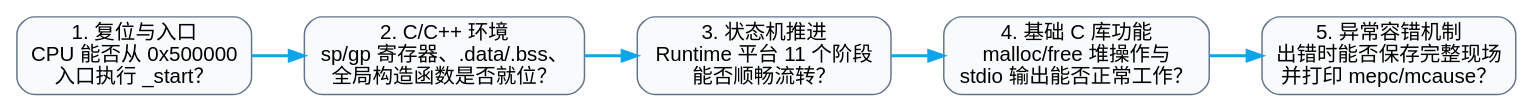
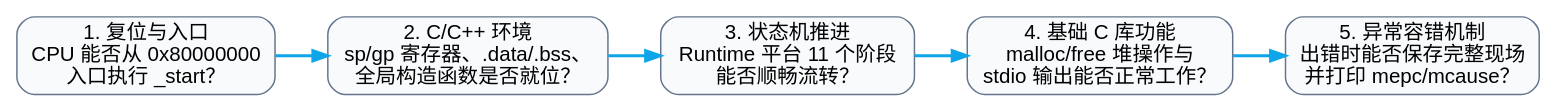
Before and after one commit to hqu-little-boy/blog: the first of 13 diagrams in src/content/posts/riscv-baremetal-boot-and-runtime-bringup-guide.md, drawn with Graphviz. The commit also changed other lines of this file and 3 other files, not shown here.

Commit message:
feat(diagrams): support in-place source code toggle and character-level text selection

````diff
--- a/src/content/posts/riscv-baremetal-boot-and-runtime-bringup-guide.md
+++ b/src/content/posts/riscv-baremetal-boot-and-runtime-bringup-guide.md
@@ -87,15 +87,15 @@
 ```graphviz
 digraph verification_5_questions {
     rankdir=LR;
     node [shape=box, style="rounded,filled", fillcolor="#f8fafc", fontname="sans-serif", color="#64748b"];
     edge [fontname="sans-serif", fontsize=10, color="#475569"];
 
-    Q1 [label="1. 复位与入口\nCPU 能否从 0x500000\n入口执行 _start？"];
+    Q1 [label="1. 复位与入口\nCPU 能否从 0x80000000\n入口执行 _start？"];
     Q2 [label="2. C/C++ 环境\nsp/gp 寄存器、.data/.bss、\n全局构造函数是否就位？"];
     Q3 [label="3. 状态机推进\nRuntime 平台 11 个阶段\n能否顺畅流转？"];
     Q4 [label="4. 基础 C 库功能\nmalloc/free 堆操作与\nstdio 输出能否正常工作？"];
     Q5 [label="5. 异常容错机制\n出错时能否保存完整现场\n并打印 mepc/mcause？"];
 
     Q1 -> Q2 -> Q3 -> Q4 -> Q5 [color="#0ea5e9", penwidth=2];
 }
 ```
````
